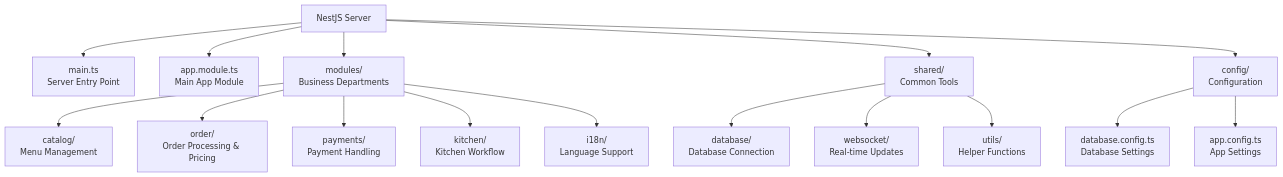
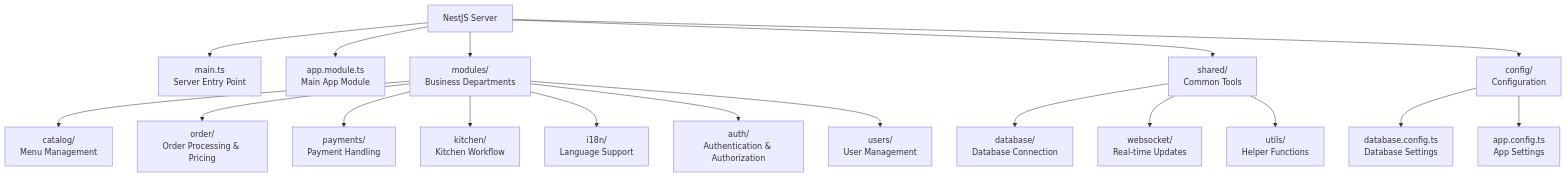
The ninth of 12 diagrams in docs/TECHNICAL_DESIGN.md (Sporidis/frituur-ordering-system), drawn with Mermaid before and after one commit. The commit also changed other lines of this file and 5 other files, not shown here.

````diff
--- a/docs/TECHNICAL_DESIGN.md
+++ b/docs/TECHNICAL_DESIGN.md
@@ -406,21 +427,23 @@
 ```mermaid
 graph TD
     A[NestJS Server] --> B[main.ts<br/>Server Entry Point]
     A --> C[app.module.ts<br/>Main App Module]
     A --> D[modules/<br/>Business Departments]
     A --> E[shared/<br/>Common Tools]
     A --> F[config/<br/>Configuration]
     
     D --> D1[catalog/<br/>Menu Management]
     D --> D2[order/<br/>Order Processing & Pricing]
     D --> D3[payments/<br/>Payment Handling]
     D --> D4[kitchen/<br/>Kitchen Workflow]
     D --> D5[i18n/<br/>Language Support]
+    D --> D6[auth/<br/>Authentication & Authorization]
+    D --> D7[users/<br/>User Management]
     
     E --> E1[database/<br/>Database Connection]
     E --> E2[websocket/<br/>Real-time Updates]
     E --> E3[utils/<br/>Helper Functions]
     
     F --> F1[database.config.ts<br/>Database Settings]
     F --> F2[app.config.ts<br/>App Settings]
 ```
````
